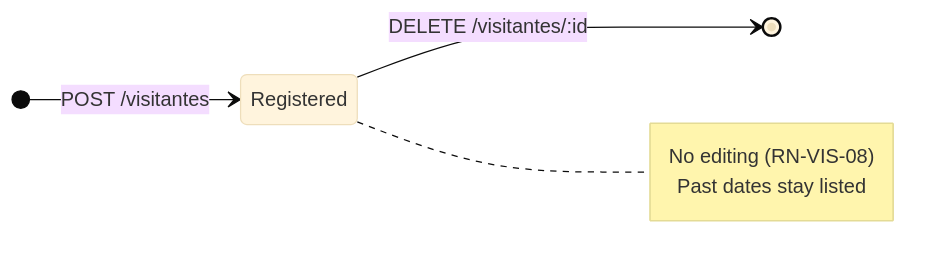
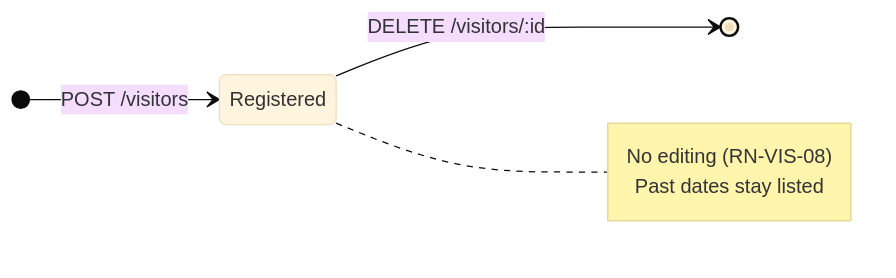
Before and after one commit to devfilip1/Condfy: the diagram in docs/business-rules.md, drawn with Mermaid (base theme). The commit also changed other lines of this file and 11 other files, not shown here.

````diff
--- a/docs/business-rules.md
+++ b/docs/business-rules.md
@@ -228,10 +314,10 @@
 ```mermaid
 stateDiagram-v2
     direction LR
-    [*] --> Registered: POST /visitantes
-    Registered --> [*]: DELETE /visitantes/:id
+    [*] --> Registered: POST /visitors
+    Registered --> [*]: DELETE /visitors/:id
     note right of Registered
         No editing (RN-VIS-08)
         Past dates stay listed
     end note
 ```
````
